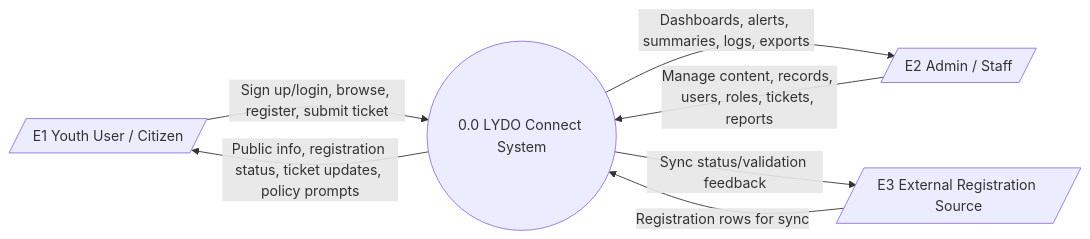
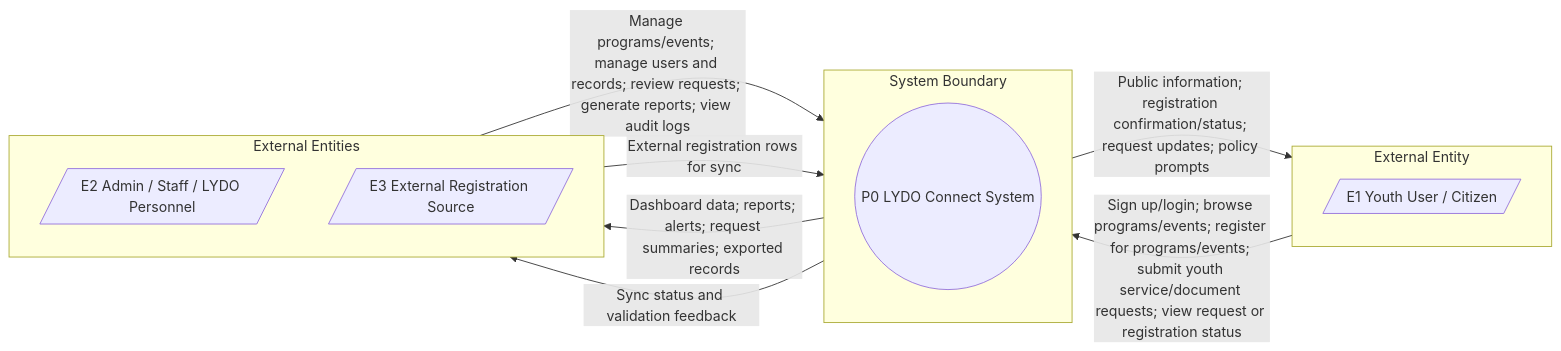
The first of 3 diagrams in Methodology/data flow diagram.md (txiaoqt/lydo-connect-org-focused), drawn with Mermaid before and after one commit. The commit also changed other lines of this file, not shown here.

````diff
--- a/Methodology/data flow diagram.md
+++ b/Methodology/data flow diagram.md
@@ -19,10 +15,27 @@
 ```mermaid
 flowchart LR
-    E1[/"E1 Youth User / Citizen"/] -->|Sign up/login, browse, register, submit ticket| P0((0.0 LYDO Connect System))
-    E2[/"E2 Admin / Staff"/] -->|Manage content, records, users, roles, tickets, reports| P0
-    E3[/"E3 External Registration Source"/] -->|Registration rows for sync| P0
+    subgraph LEFT["External Entity"]
+        direction TB
+        E1[/"E1 Youth User / Citizen"/]
+    end
 
-    P0 -->|Public info, registration status, ticket updates, policy prompts| E1
-    P0 -->|Dashboards, alerts, summaries, logs, exports| E2
-    P0 -->|Sync status/validation feedback| E3
+    subgraph CENTER["System Boundary"]
+        direction TB
+        P0((P0 LYDO Connect System))
+    end
+
+    subgraph RIGHT["External Entities"]
+        direction TB
+        E2[/"E2 Admin / Staff / LYDO Personnel"/]
+        E3[/"E3 External Registration Source"/]
+    end
+
+    E1 -->|"Sign up/login; browse programs/events; register for programs/events; submit youth service/document requests; view request or registration status"| P0
+    P0 -->|"Public information; registration confirmation/status; request updates; policy prompts"| E1
+
+    E2 -->|"Manage programs/events; manage users and records; review requests; generate reports; view audit logs"| P0
+    P0 -->|"Dashboard data; reports; alerts; request summaries; exported records"| E2
+
+    E3 -->|"External registration rows for sync"| P0
+    P0 -->|"Sync status and validation feedback"| E3
 ```
````
